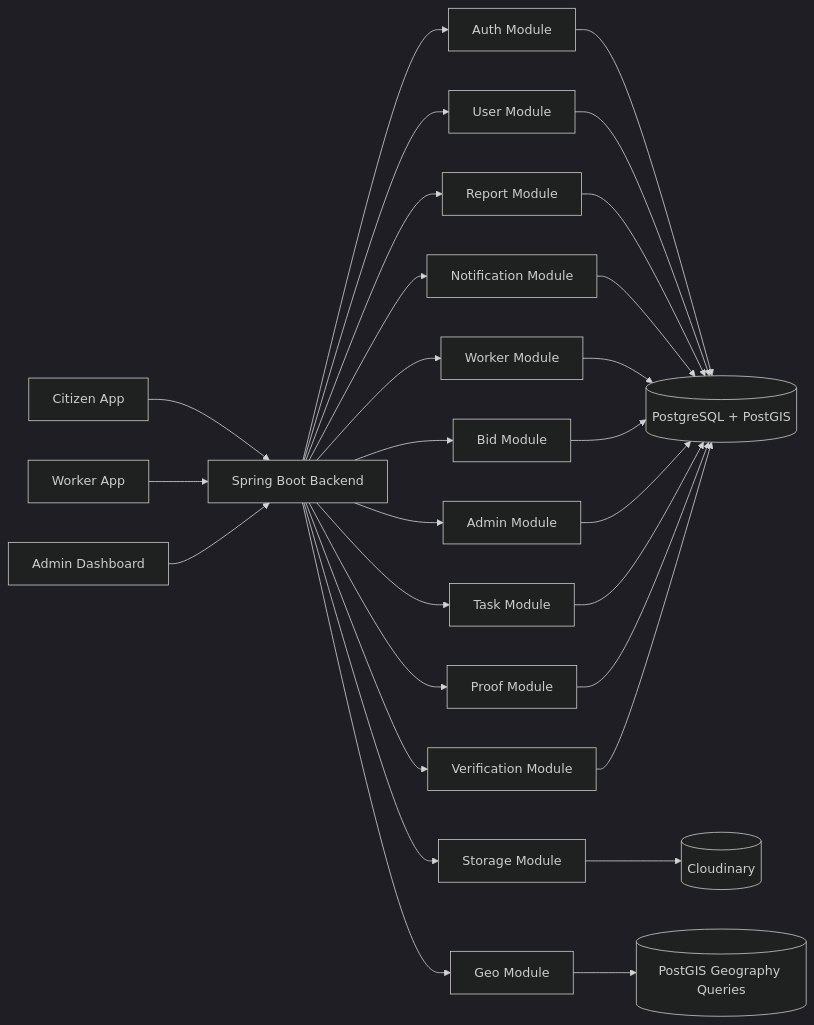
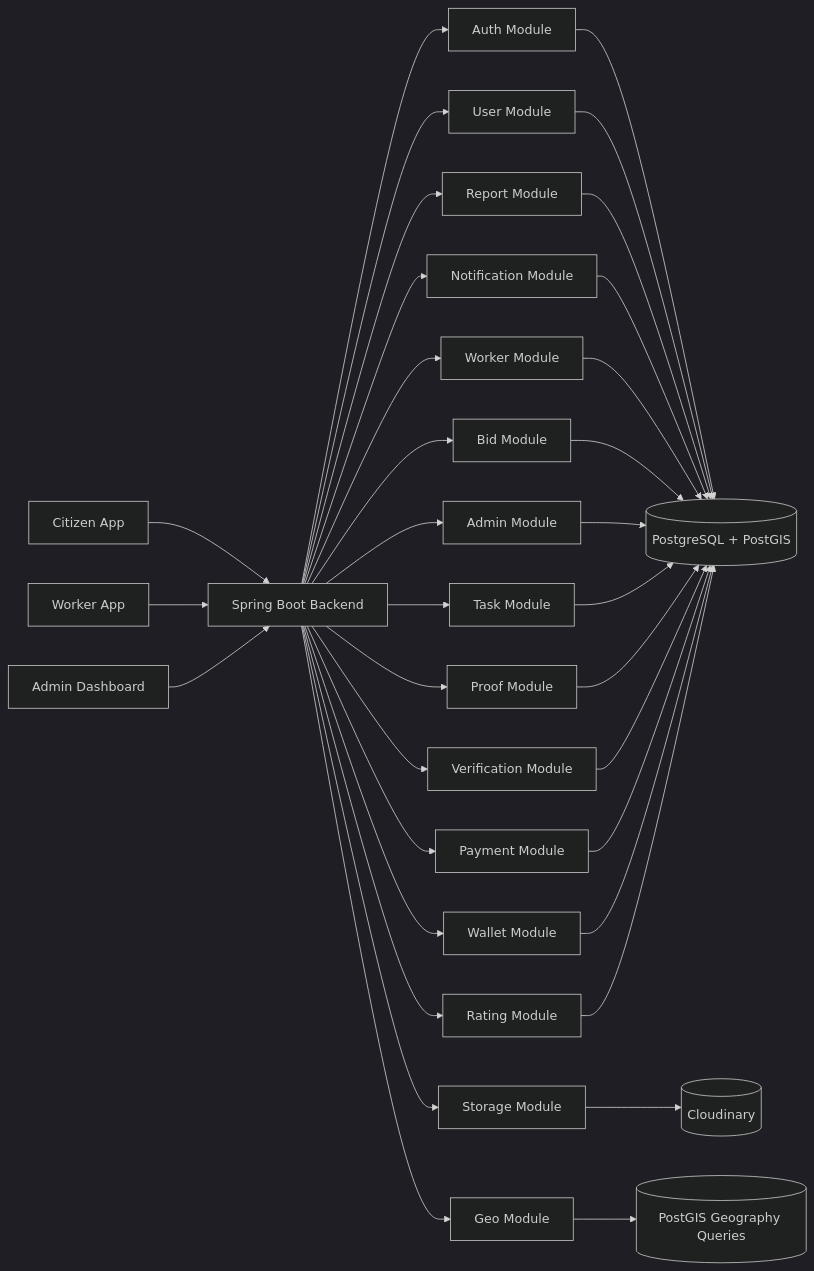
Before and after one commit to OmkarDongre7772/SnapFix-Backend: the first of 11 diagrams in README.md, drawn with Mermaid (dark theme). The commit also changed other lines of this file and 44 other files, not shown here.

First line of the commit message:
Release-3: Phase 5, 6- Payment, Wallet & Worker Reputation System Complete.

````diff
--- a/README.md
+++ b/README.md
@@ -97,41 +102,47 @@
 ```mermaid
 flowchart LR
 
     Citizen[Citizen App]
     Worker[Worker App]
     Admin[Admin Dashboard]
 
     Citizen --> API
     Worker --> API
     Admin --> API
 
     API[Spring Boot Backend]
 
     API --> Auth[Auth Module]
     API --> User[User Module]
     API --> Report[Report Module]
     API --> Notification[Notification Module]
     API --> WorkerModule[Worker Module]
     API --> Bid[Bid Module]
     API --> AdminModule[Admin Module]
     API --> Task[Task Module]
     API --> Proof[Proof Module]
     API --> Verification[Verification Module]
+    API --> Payment[Payment Module]
+    API --> Wallet[Wallet Module]
+    API --> Rating[Rating Module]
     API --> Storage[Storage Module]
     API --> Geo[Geo Module]
 
     Auth --> DB[(PostgreSQL + PostGIS)]
     User --> DB
     Report --> DB
     Notification --> DB
     WorkerModule --> DB
     Bid --> DB
     AdminModule --> DB
     Task --> DB
     Proof --> DB
     Verification --> DB
+    Payment --> DB
+    Wallet --> DB
+    Rating --> DB
 
     Storage --> Cloudinary[(Cloudinary)]
 
     Geo --> PostGIS[(PostGIS Geography Queries)]
 ```
````
